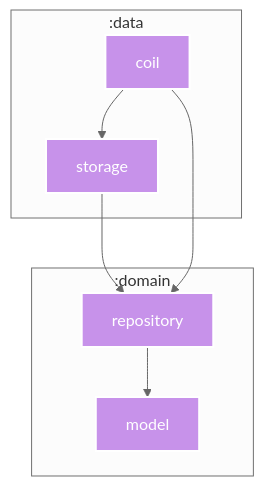
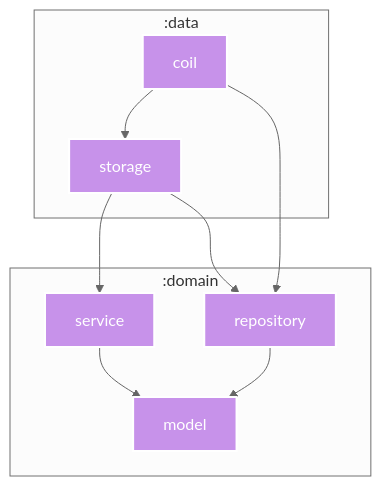
One commit to SorrowBlue/ComicViewer changed the diagram in data/coil/README.md. Above: the diagram before and after it, drawn with Mermaid. The commit also changed 41 other files, not shown here.

First line of the commit message:
refactor(domain): extract file sort logic to domain service (#1397)

````diff
--- a/data/coil/README.md
+++ b/data/coil/README.md
@@ -5,32 +5,37 @@
 ```mermaid
 %%{
   init: {
     'theme': 'neutral'
   }
 }%%
 
 graph TB
   subgraph :data
     :data:storage["storage"]
     :data:coil["coil"]
     :data:storage["storage"]
   end
   subgraph :domain
     :domain:repository["repository"]
+    :domain:service["service"]
+    :domain:service["service"]
+    :domain:model["model"]
     :domain:repository["repository"]
     :domain:repository["repository"]
-    :domain:model["model"]
   end
 
   :data:storage --> :domain:repository
+  :data:storage --> :domain:service
+  :domain:service --> :domain:model
   :data:coil --> :domain:repository
   :data:coil --> :data:storage
   :domain:repository --> :domain:model
 
 classDef kotlin-multiplatform fill:#C792EA,stroke:#fff,stroke-width:2px,color:#fff;
 class :data:storage kotlin-multiplatform
 class :domain:repository kotlin-multiplatform
+class :domain:service kotlin-multiplatform
+class :domain:model kotlin-multiplatform
 class :data:coil kotlin-multiplatform
-class :domain:model kotlin-multiplatform
 
 ```
````
